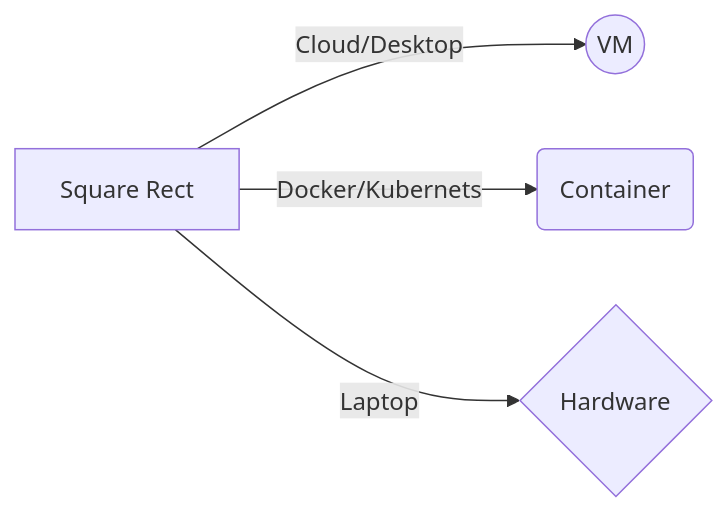
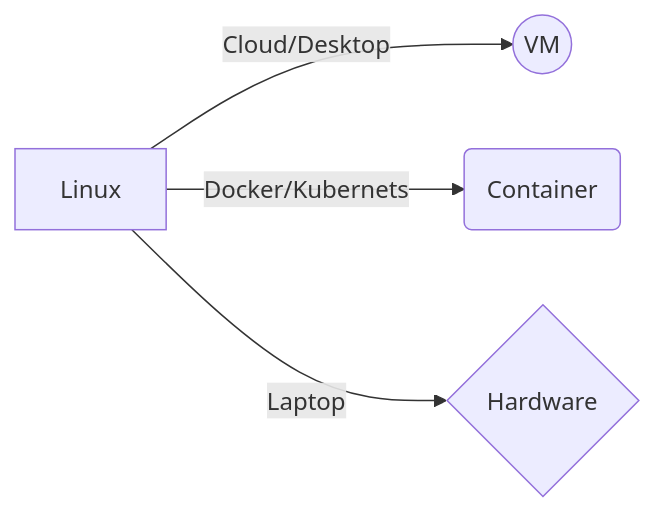
The diagram in README.md (Erickcufe/linux_bash_data), drawn with Mermaid before and after one commit.

````diff
--- a/README.md
+++ b/README.md
@@ -4,6 +4,6 @@
 ```mermaid
 graph LR
-A[Square Rect] -- Cloud/Desktop --> B((VM))
+A[Linux] -- Cloud/Desktop --> B((VM))
 A -- Docker/Kubernets --> C(Container)
 A -- Laptop --> D{Hardware}
 ```
````
